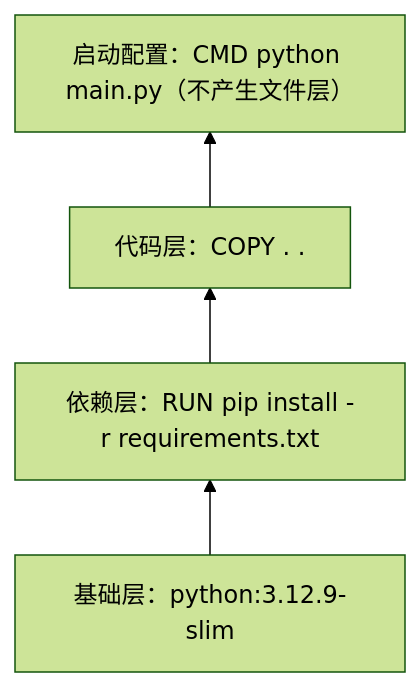
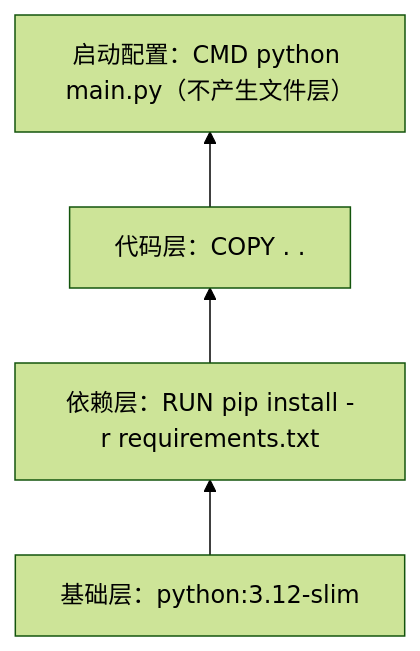
One commit to PrinZzzzjn/software-engineering-textbook changed the first of 2 diagrams in 软件工程实践-2.0/21-Docker基础.md. Above: the diagram before and after it, drawn with Mermaid (forest theme). The commit also changed other lines of this file and 7 other files, not shown here.

````diff
--- a/软件工程实践-2.0/21-Docker基础.md
+++ b/软件工程实践-2.0/21-Docker基础.md
@@ -95,6 +109,6 @@
 ```mermaid
 flowchart BT
-    A["基础层：python:3.12.9-slim"] --> B["依赖层：RUN pip install -r requirements.txt"]
+    A["基础层：python:3.12-slim"] --> B["依赖层：RUN pip install -r requirements.txt"]
     B --> C["代码层：COPY . ."]
     C --> D["启动配置：CMD python main.py（不产生文件层）"]
 ```
````
